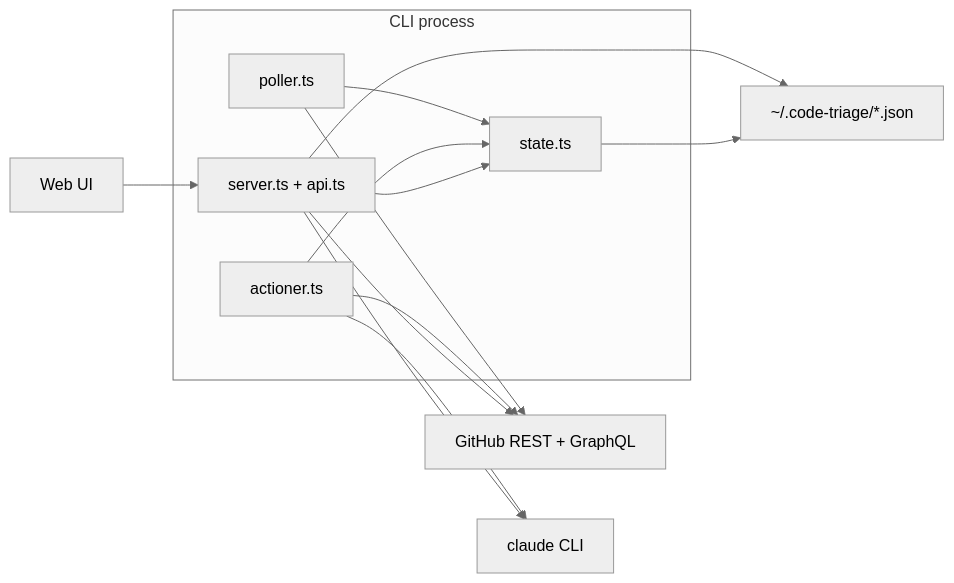
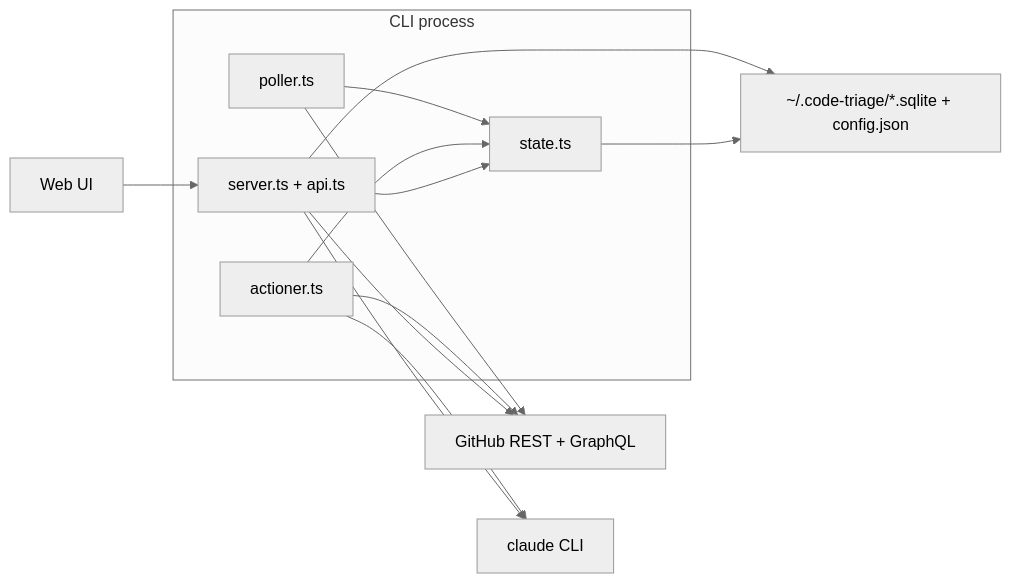
The diagram in docs/architecture.md (lexwebb/code-triage), drawn with Mermaid (neutral theme) before and after one commit. The commit also changed other lines of this file and 30 other files, not shown here.

````diff
--- a/docs/architecture.md
+++ b/docs/architecture.md
@@ -7,25 +7,25 @@
 ```mermaid
 flowchart LR
   subgraph cli["CLI process"]
     Poll[poller.ts]
     Act[actioner.ts]
     St[state.ts]
     Srv[server.ts + api.ts]
   end
   GH[GitHub REST + GraphQL]
   Claude[claude CLI]
-  Disk["~/.code-triage/*.json"]
+  Disk["~/.code-triage/*.sqlite + config.json"]
   Browser[Web UI]
 
   Poll --> GH
   Act --> Claude
   Act --> GH
   Poll --> St
   Act --> St
   Srv --> St
   Srv --> GH
   Srv --> Claude
   Srv --> Disk
   Browser --> Srv
   St --> Disk
 ```
````
